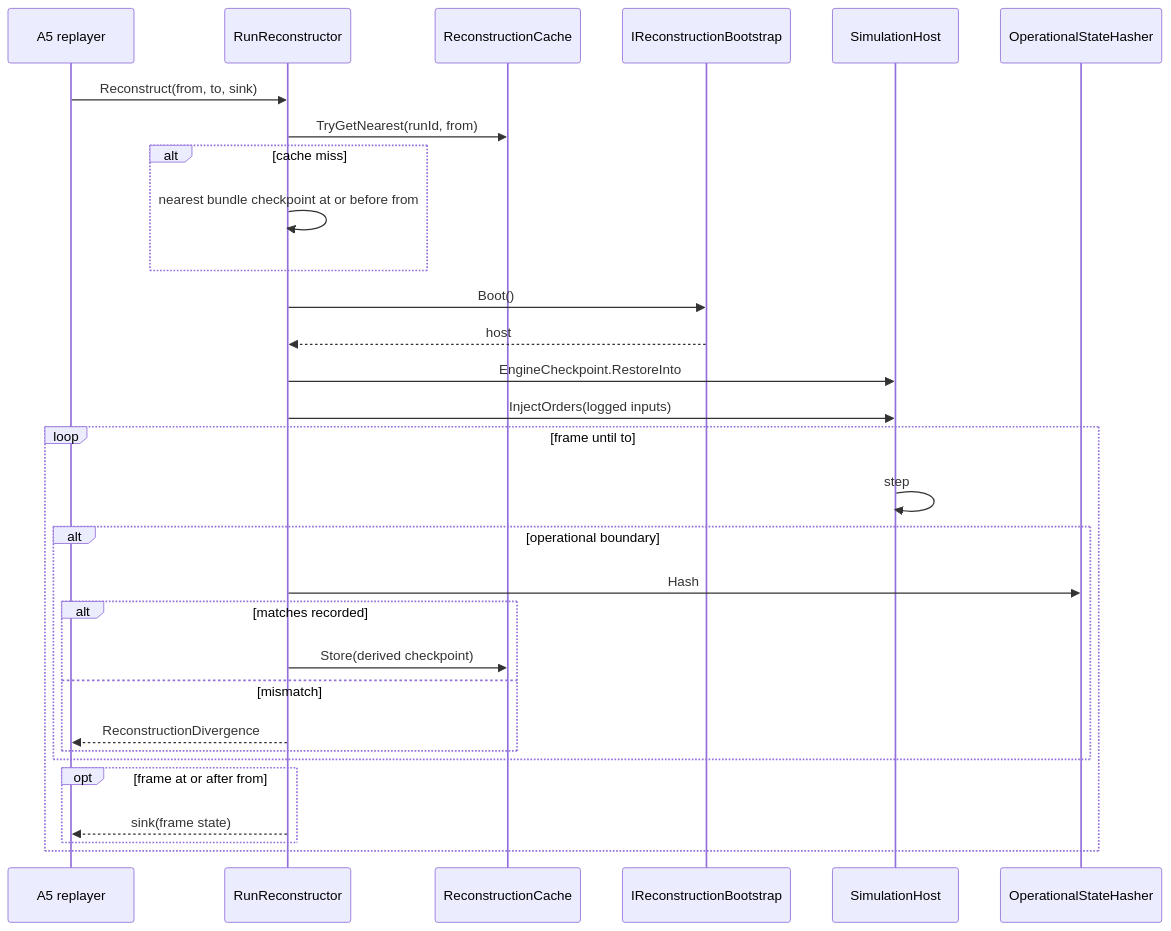
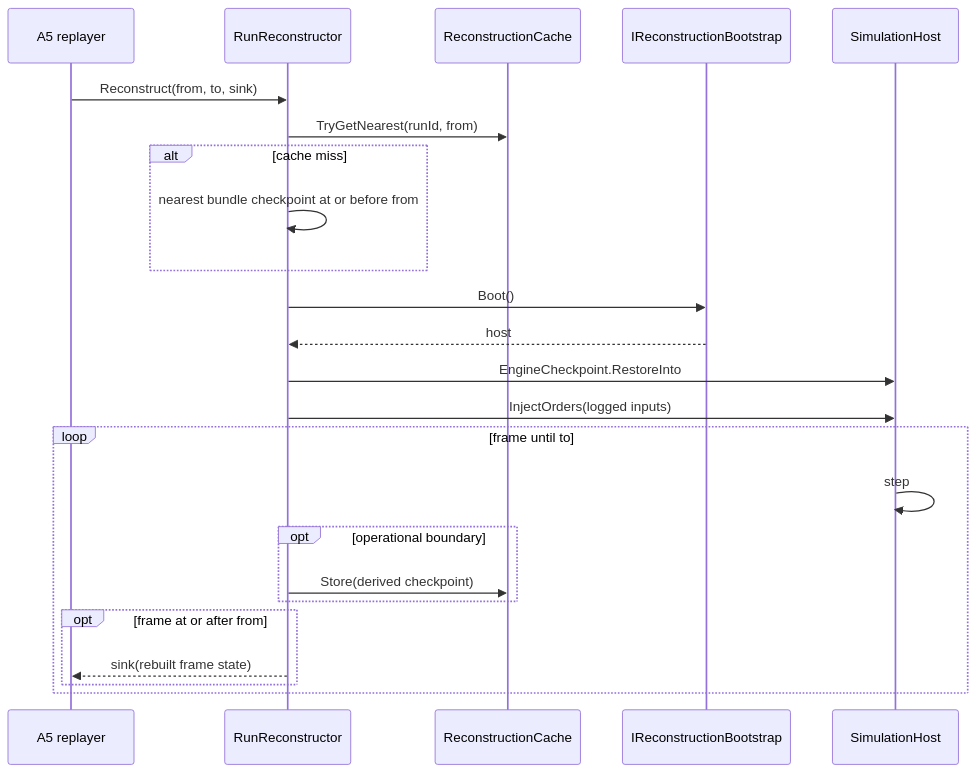
One commit to rmessinger/Panopticon changed the third of 3 diagrams in docs/roadmap/deep-dives/a1-6-operational-recording.md. Above: the diagram before and after it, drawn with Mermaid. The commit also changed other lines of this file and 23 other files, not shown here.

First line of the commit message:
docs(roadmap): revise A1-6 to storage-first checkpoint re-simulation

````diff
--- a/docs/roadmap/deep-dives/a1-6-operational-recording.md
+++ b/docs/roadmap/deep-dives/a1-6-operational-recording.md
@@ -426,33 +392,27 @@
 ```mermaid
 sequenceDiagram
   participant A5 as A5 replayer
   participant Rc as RunReconstructor
   participant Cache as ReconstructionCache
   participant Boot as IReconstructionBootstrap
   participant Host as SimulationHost
-  participant Hash as OperationalStateHasher
 
   A5->>Rc: Reconstruct(from, to, sink)
   Rc->>Cache: TryGetNearest(runId, from)
   alt cache miss
     Rc->>Rc: nearest bundle checkpoint at or before from
   end
   Rc->>Boot: Boot()
   Boot-->>Rc: host
   Rc->>Host: EngineCheckpoint.RestoreInto
   Rc->>Host: InjectOrders(logged inputs)
   loop frame until to
     Host->>Host: step
-    alt operational boundary
-      Rc->>Hash: Hash
-      alt matches recorded
-        Rc->>Cache: Store(derived checkpoint)
-      else mismatch
-        Rc-->>A5: ReconstructionDivergence
-      end
+    opt operational boundary
+      Rc->>Cache: Store(derived checkpoint)
     end
     opt frame at or after from
-      Rc-->>A5: sink(frame state)
+      Rc-->>A5: sink(rebuilt frame state)
     end
   end
 ```
````
